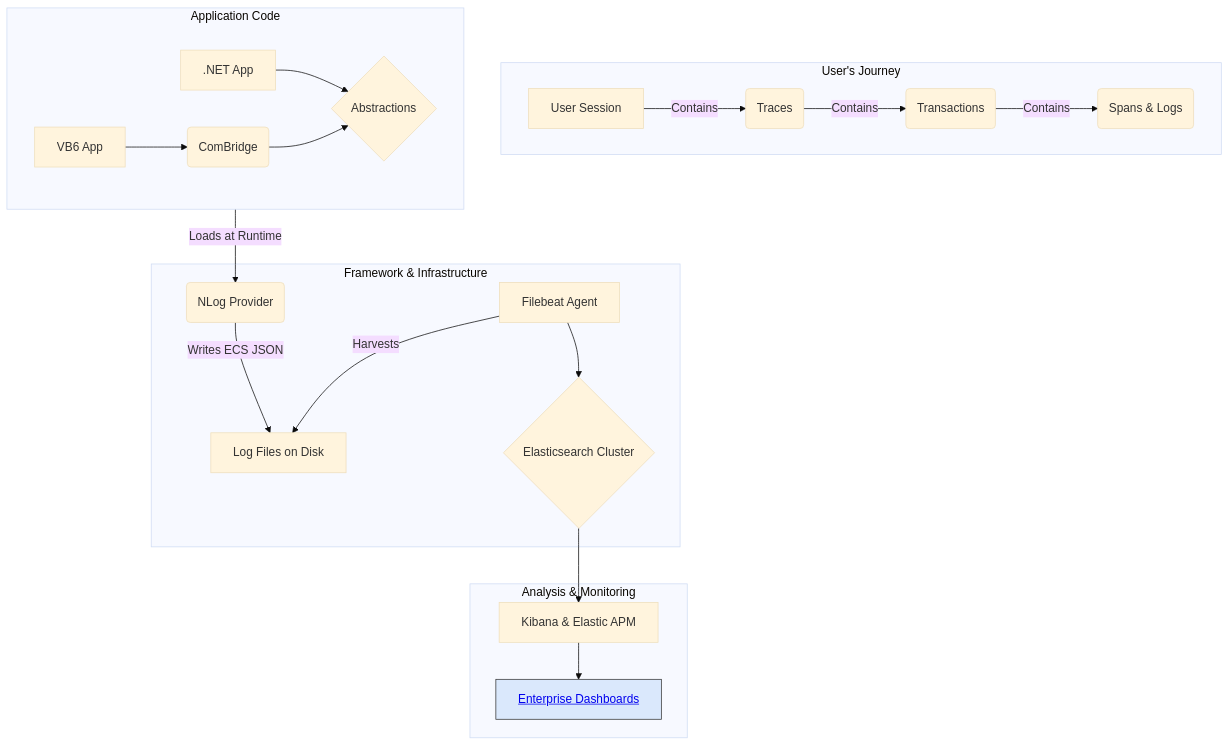
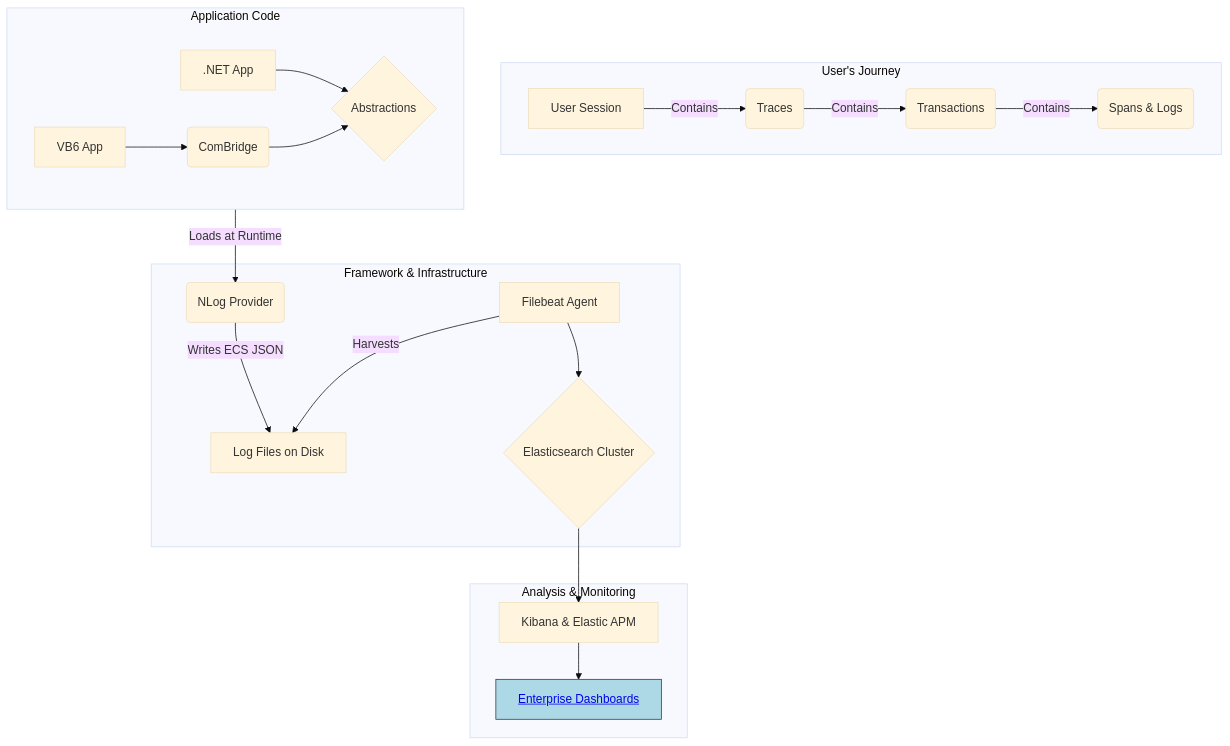
One commit to Brahmin95/LegacyComLogger changed the first of 2 diagrams in Docs/wiki.md. Above: the diagram before and after it, drawn with Mermaid (base theme). The commit also changed other lines of this file and 1 other file, not shown here.

````diff
--- a/Docs/wiki.md
+++ b/Docs/wiki.md
@@ -24,29 +24,29 @@
 ```mermaid
 graph TD
     subgraph "User's Journey"
         U[User Session] -->|Contains| T(Traces)
         T -->|Contains| TX(Transactions)
         TX -->|Contains| S(Spans & Logs)
     end
 
     subgraph "Application Code"
       direction LR
       A[VB6 App] --> B(ComBridge)
       C[.NET App] --> D{Abstractions}
       B --> D
     end
     
     subgraph "Framework & Infrastructure"
         D -- "Loads at Runtime" --> E(NLog Provider)
         E -- "Writes ECS JSON" --> F[Log Files on Disk]
         G[Filebeat Agent] -- "Harvests" --> F
         G --> H{Elasticsearch Cluster}
     end
 
     subgraph "Analysis & Monitoring"
         H --> I[Kibana & Elastic APM]
         I --> J[<a href='https://my-elastic-instance/kibana/dashboards'>Enterprise Dashboards</a>]
     end
 
-    style J fill:#dae8fc,stroke:#333,color:#000
+    style J fill:#add8e6,stroke:#333,color:#000
 ```
````
